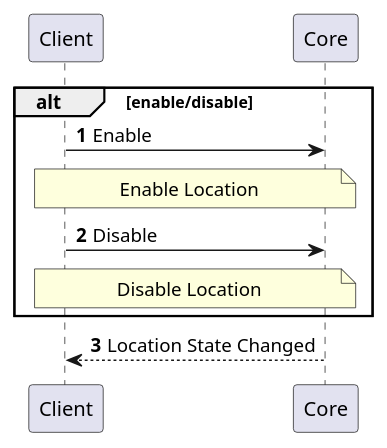
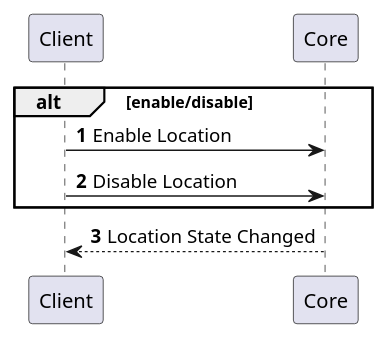
Before and after one commit to CZERTAINLY/CZERTAINLY-Documentation: the ninth of 13 diagrams in docs/12-connectors/05-description/32-entity-provider.md, drawn with PlantUML. The commit also changed other lines of this file and 8 other files, not shown here.

First line of the commit message:
Update description of plantuml diagrams on the providers

````diff
--- a/docs/12-connectors/05-description/32-entity-provider.md
+++ b/docs/12-connectors/05-description/32-entity-provider.md
@@ -203,13 +162,11 @@
 ```plantuml
     @startuml
     autonumber
     skinparam topurl https://docs.czertainly.com/api/
         alt enable/disable
-            Client -> Core [[core-location/#tag/Location-Management-API/operation/enableLocation]]: Enable
-            note over Client,Core: Enable Location
-            Client -> Core [[core-location/#tag/Location-Management-API/operation/disableLocation]]: Disable
-            note over Client,Core: Disable Location
+            Client -> Core [[core-location/#tag/Location-Management-API/operation/enableLocation]]: Enable Location
+            Client -> Core [[core-location/#tag/Location-Management-API/operation/disableLocation]]: Disable Location
             end
         Core --> Client: Location State Changed
     @enduml
 ```
````
